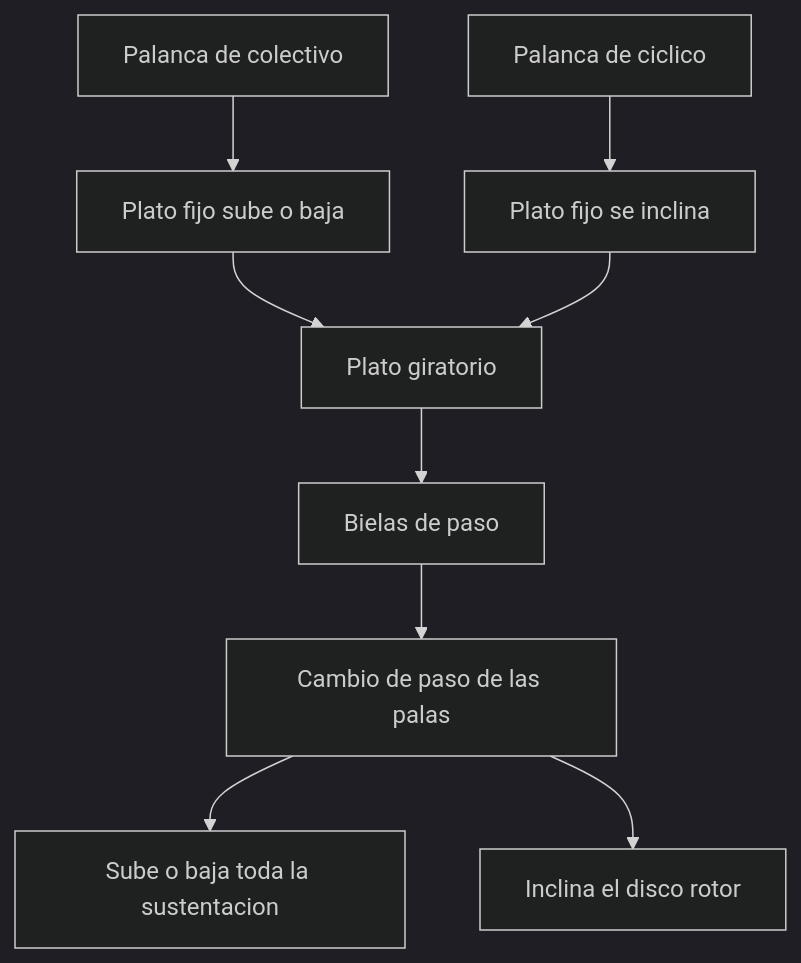
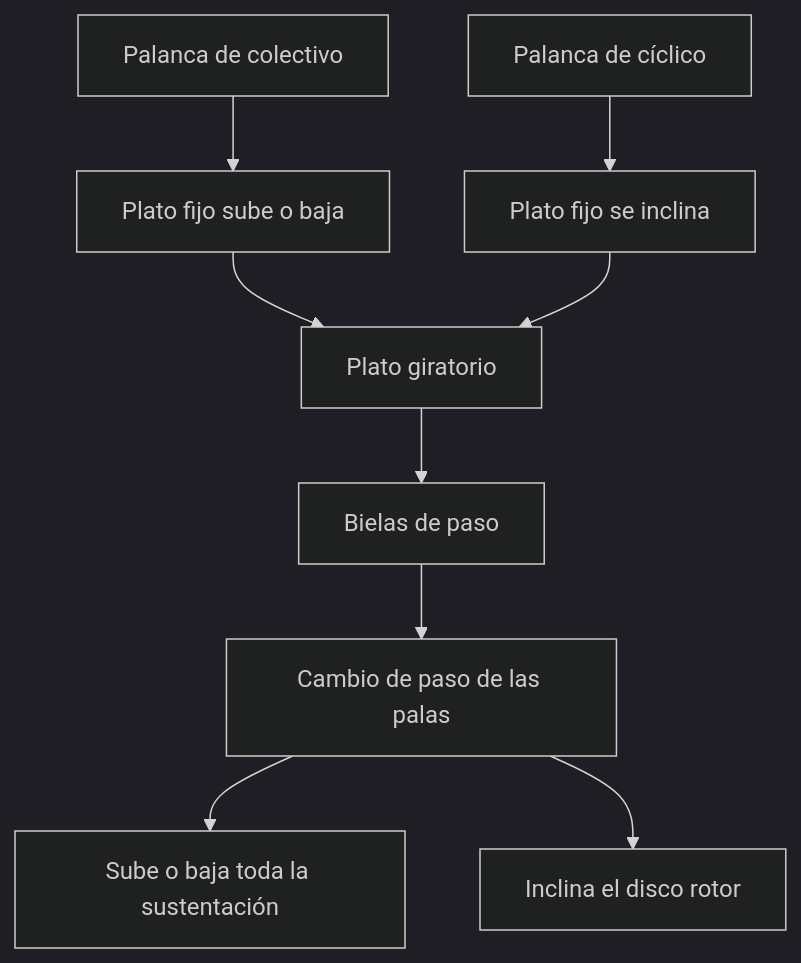
Before and after one commit to vladimiracunadev-create/machine-operator-program: the third of 4 diagrams in vehiculos/helicopteros/operacion/sistemas-mecanicos-helicoptero.md, drawn with Mermaid (dark theme). The commit also changed other lines of this file and 442 other files, not shown here.

````diff
--- a/vehiculos/helicopteros/operacion/sistemas-mecanicos-helicoptero.md
+++ b/vehiculos/helicopteros/operacion/sistemas-mecanicos-helicoptero.md
@@ -107,11 +107,11 @@
 ```mermaid
 flowchart TD
     Colectivo[Palanca de colectivo] --> Fija[Plato fijo sube o baja]
-    Ciclico[Palanca de ciclico] --> Fija2[Plato fijo se inclina]
+    Ciclico[Palanca de cíclico] --> Fija2[Plato fijo se inclina]
     Fija --> Gira[Plato giratorio]
     Fija2 --> Gira
     Gira --> Bielas[Bielas de paso]
     Bielas --> Palas[Cambio de paso de las palas]
-    Palas --> Colect[Sube o baja toda la sustentacion]
+    Palas --> Colect[Sube o baja toda la sustentación]
     Palas --> Ciclic[Inclina el disco rotor]
 ```
````
